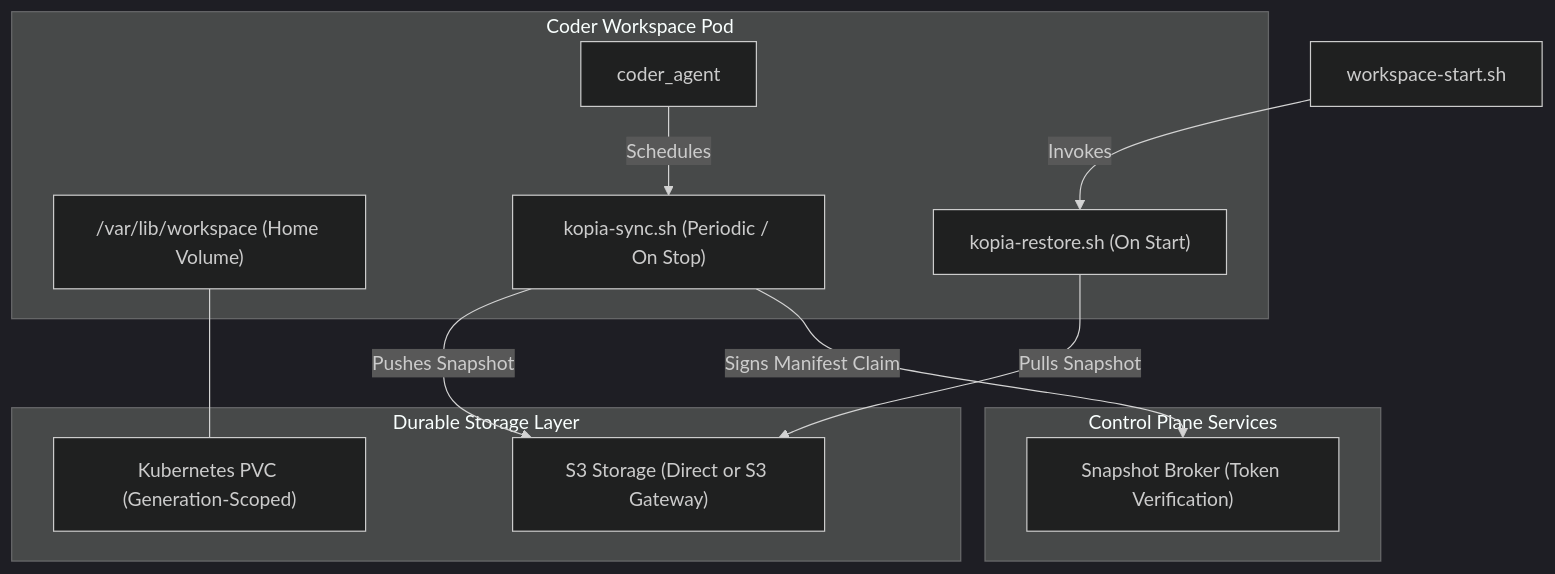
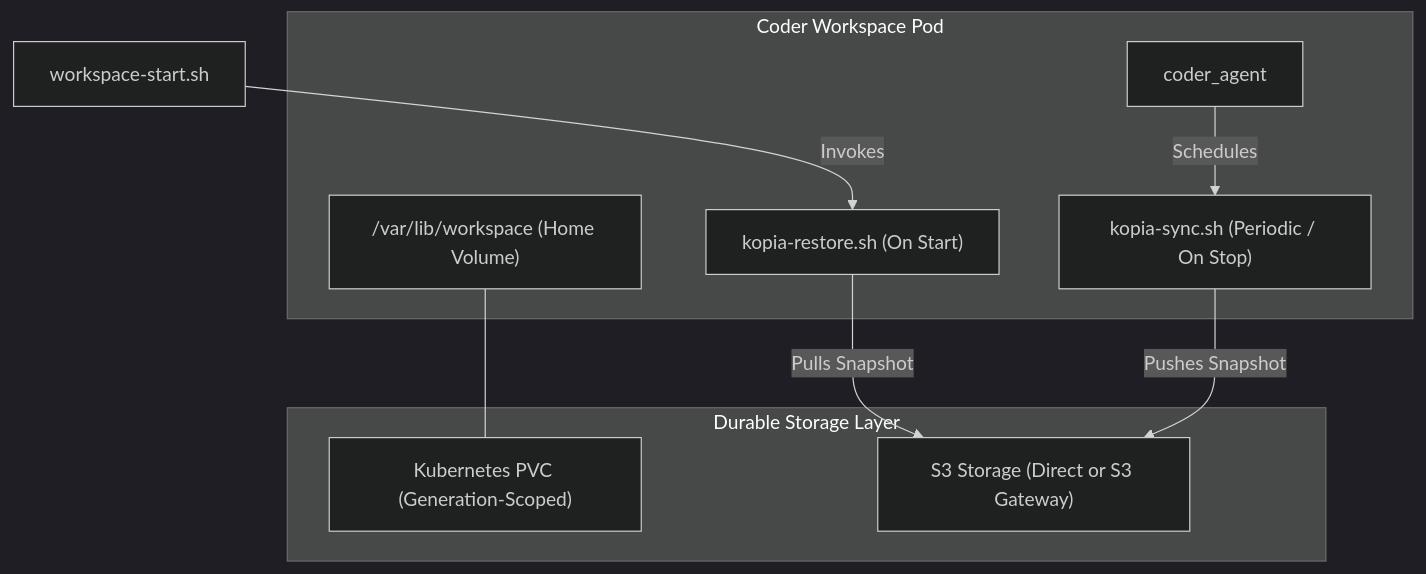
One commit to simonepri/openplex changed the diagram in src/infra/definitions/workspaces/modules/coder_snapshots/README.md. Above: the diagram before and after it, drawn with Mermaid (dark theme). The commit also changed other lines of this file and 158 other files, not shown here.

Commit message:
fix(platform): vendor helm charts, refresh dependencies, and update documentation

````diff
--- a/src/infra/definitions/workspaces/modules/coder_snapshots/README.md
+++ b/src/infra/definitions/workspaces/modules/coder_snapshots/README.md
@@ -7,25 +7,20 @@
 ```mermaid
 flowchart TD
   subgraph Workspace ["Coder Workspace Pod"]
     Agent["coder_agent"]
     Volume["/var/lib/workspace (Home Volume)"]
     SyncScript["kopia-sync.sh (Periodic / On Stop)"]
     RestoreScript["kopia-restore.sh (On Start)"]
   end
 
   subgraph Storage ["Durable Storage Layer"]
     PVC["Kubernetes PVC (Generation-Scoped)"]
     S3["S3 Storage (Direct or S3 Gateway)"]
   end
 
-  subgraph ControlPlane ["Control Plane Services"]
-    Broker["Snapshot Broker (Token Verification)"]
-  end
-
   WorkspaceStart["workspace-start.sh"] -->|Invokes| RestoreScript
   Agent -->|Schedules| SyncScript
   RestoreScript -->|Pulls Snapshot| S3
   SyncScript -->|Pushes Snapshot| S3
-  SyncScript -->|Signs Manifest Claim| Broker
   Volume --- PVC
 ```
````
